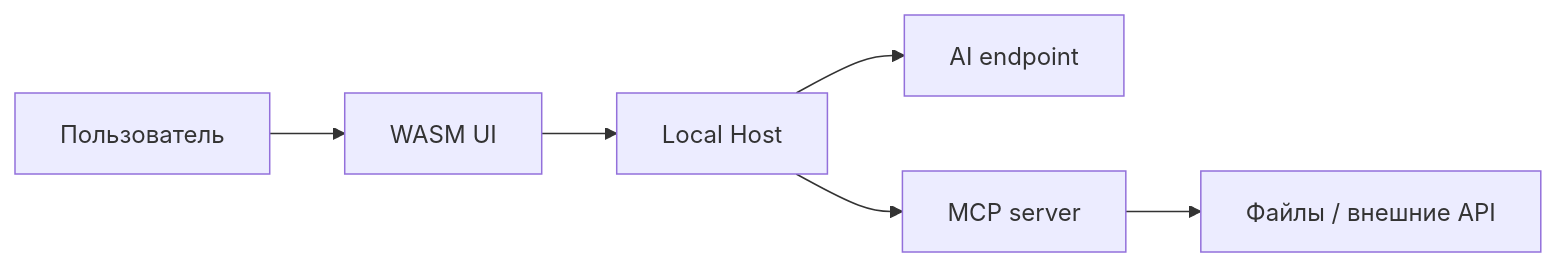
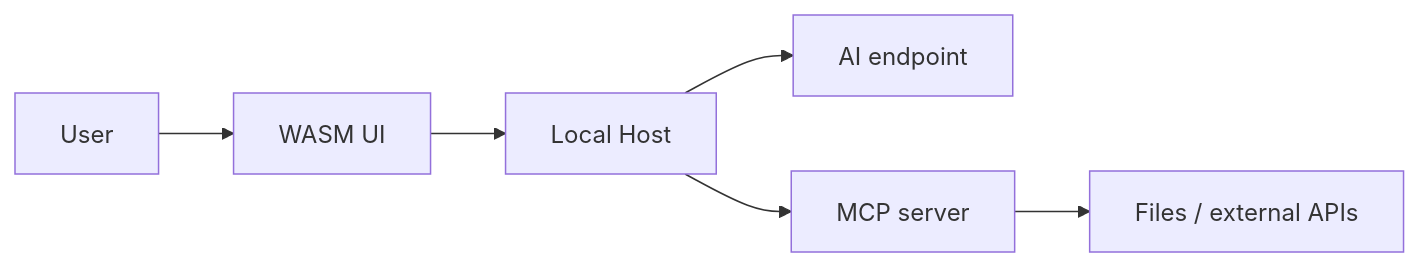
The diagram in docs/06-security.md (DevTeam/AI.Client), drawn with Mermaid before and after one commit. The commit also changed other lines of this file and 33 other files, not shown here.

````diff
--- a/docs/06-security.md
+++ b/docs/06-security.md
@@ -17,8 +17,8 @@
 ```mermaid
 flowchart LR
-    User["Пользователь"] --> Browser["WASM UI"]
+    User["User"] --> Browser["WASM UI"]
     Browser --> Host["Local Host"]
     Host --> AI["AI endpoint"]
     Host --> Mcp["MCP server"]
-    Mcp --> Resource["Файлы / внешние API"]
+    Mcp --> Resource["Files / external APIs"]
 ```
````
